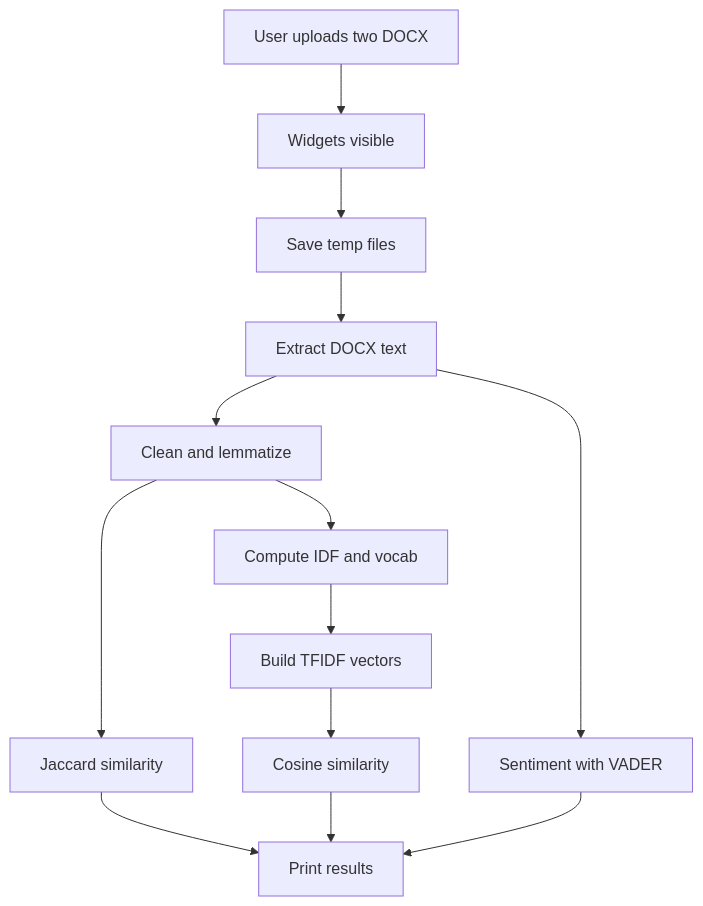
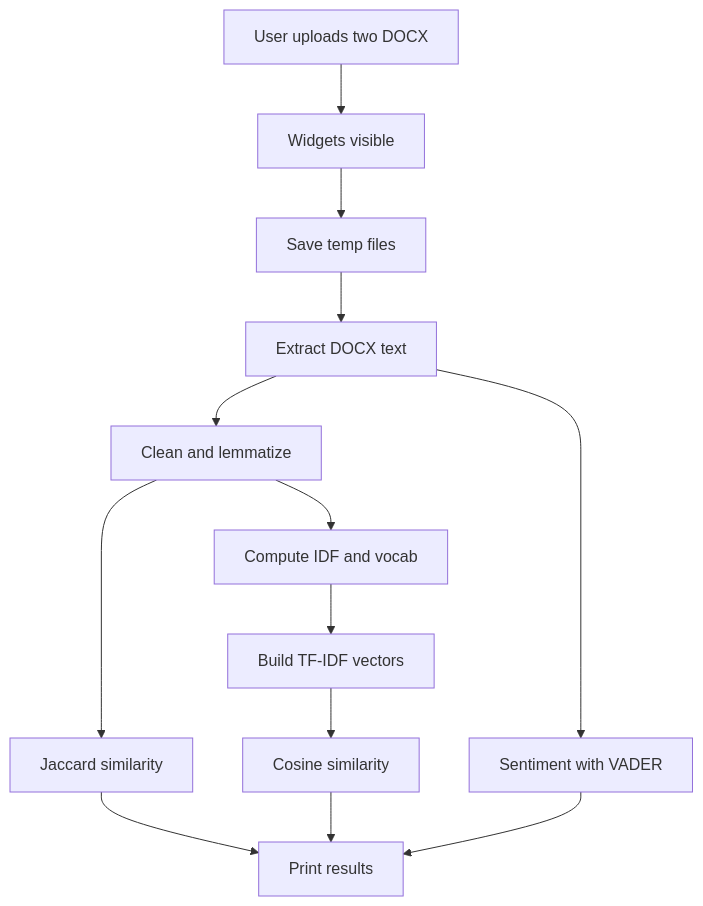
Before and after one commit to amribanerjee/Political-Polarization-Analysis: the first of 2 diagrams in README.md, drawn with Mermaid.

Commit message:
Correct TFIDF to TF-IDF in README

````diff
--- a/README.md
+++ b/README.md
@@ -73,27 +73,27 @@
 ```mermaid
 flowchart TD
   U[User uploads two DOCX]
   W[Widgets visible]
   S[Save temp files]
   X[Extract DOCX text]
   C[Clean and lemmatize]
   I[Compute IDF and vocab]
-  T[Build TFIDF vectors]
+  T[Build TF-IDF vectors]
   J[Jaccard similarity]
   CO[Cosine similarity]
   V[Sentiment with VADER]
   R[Print results]
 
   U --> W
   W --> S
   S --> X
   X --> C
   X --> V
   C --> I
   I --> T
   C --> J
   T --> CO
   J --> R
   CO --> R
   V --> R
 ```
````
